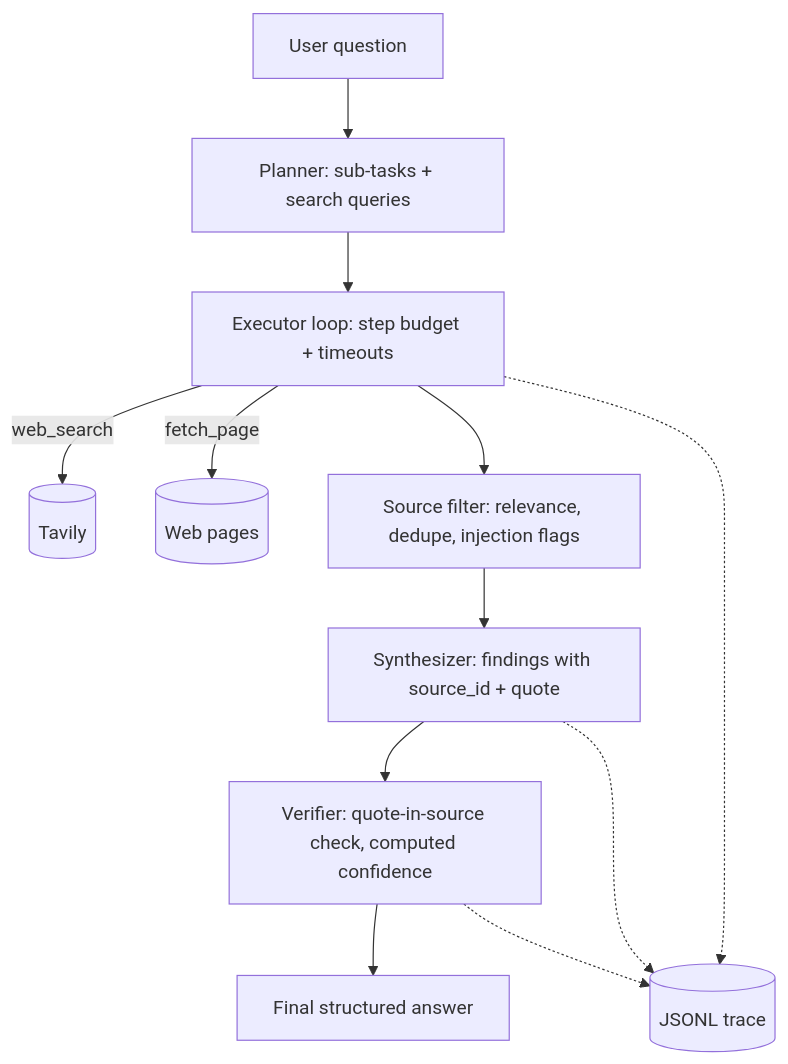
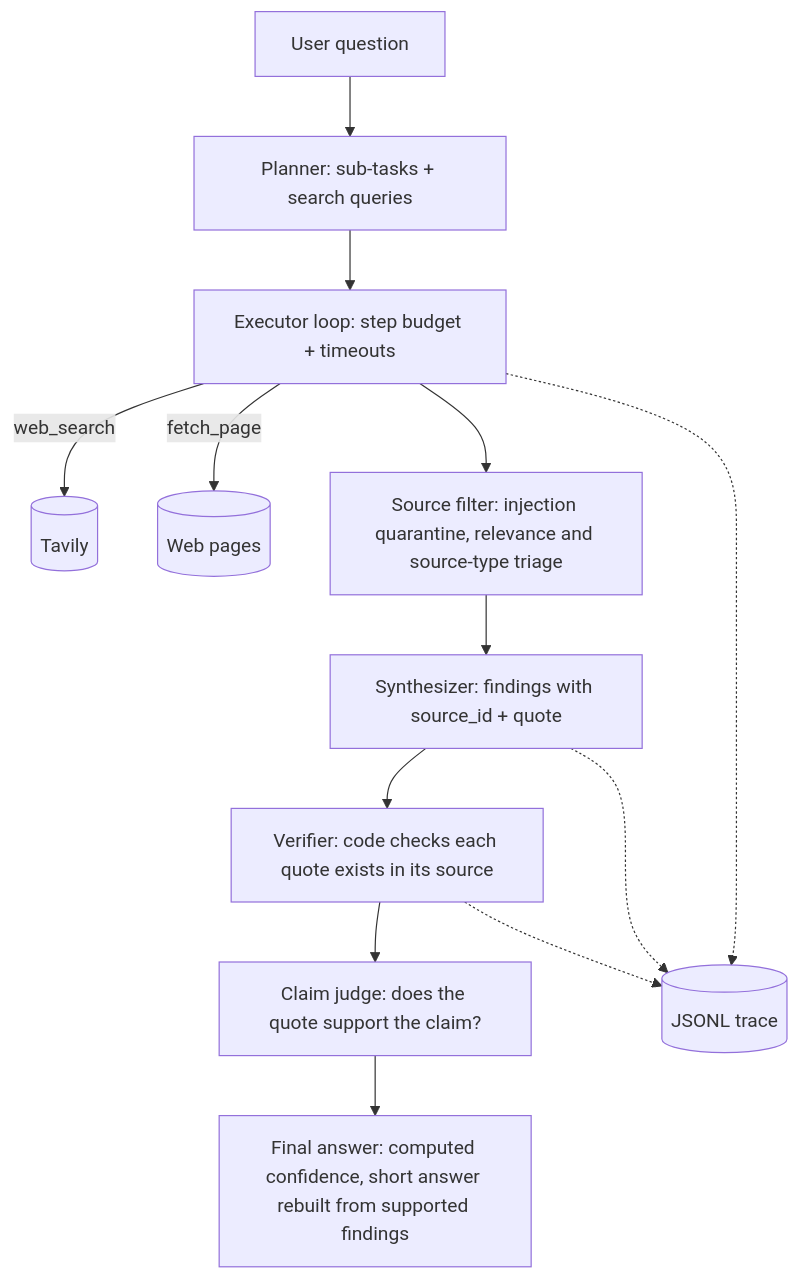
One commit to AyushBaware/evidence-first-research-agent changed the diagram in README.md. Above: the diagram before and after it, drawn with Mermaid. The commit also changed other lines of this file, not shown here.

Commit message:
docs: document verifier, claim judge, confidence rules and limitations

````diff
--- a/README.md
+++ b/README.md
@@ -56,14 +56,15 @@
 ```mermaid
 flowchart TD
     Q[User question] --> P[Planner: sub-tasks + search queries]
     P --> E[Executor loop: step budget + timeouts]
     E -->|web_search| S[(Tavily)]
     E -->|fetch_page| F[(Web pages)]
-    E --> FL[Source filter: relevance, dedupe, injection flags]
+    E -->     FL[Source filter: injection quarantine, relevance and source-type triage]
     FL --> SY[Synthesizer: findings with source_id + quote]
-    SY --> V[Verifier: quote-in-source check, computed confidence]
-    V --> A[Final structured answer]
+    SY --> V[Verifier: code checks each quote exists in its source]
+    V --> J[Claim judge: does the quote support the claim?]
+    J --> A[Final answer: computed confidence, short answer rebuilt from supported findings]
     E -.-> T[(JSONL trace)]
     SY -.-> T
     V -.-> T
 ```
````
